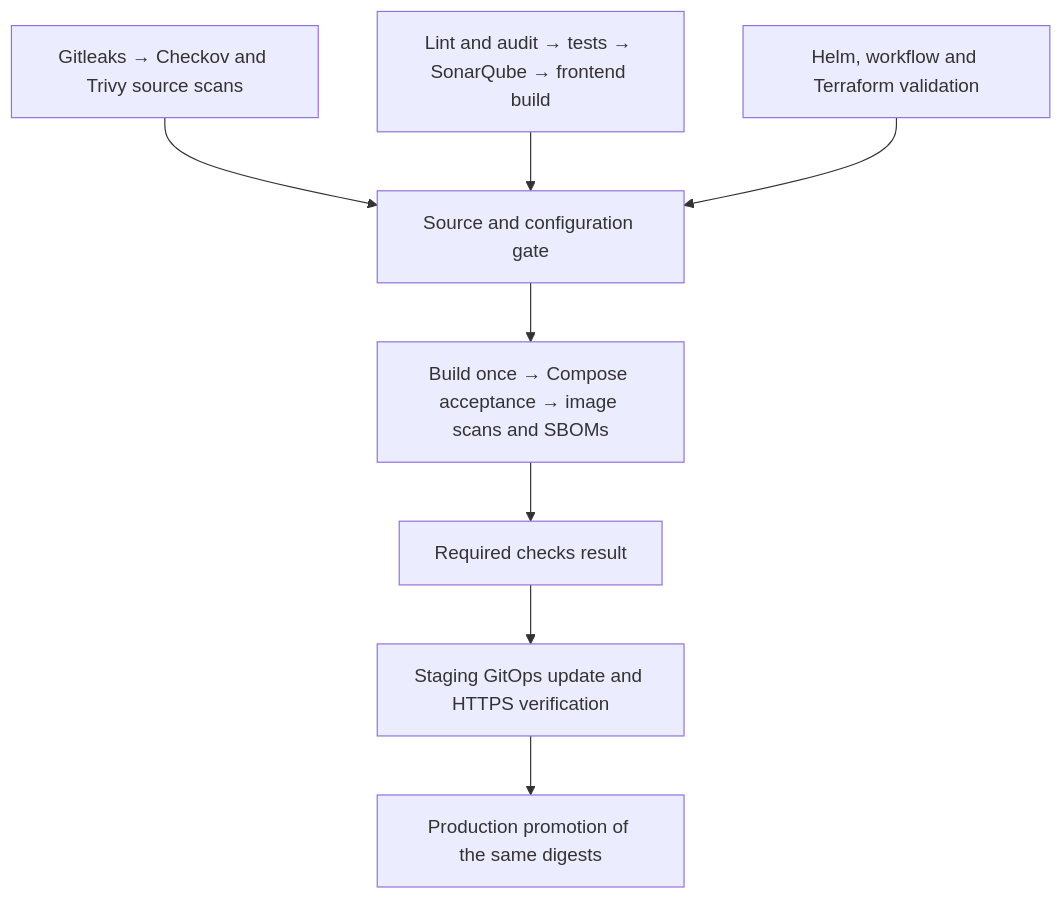
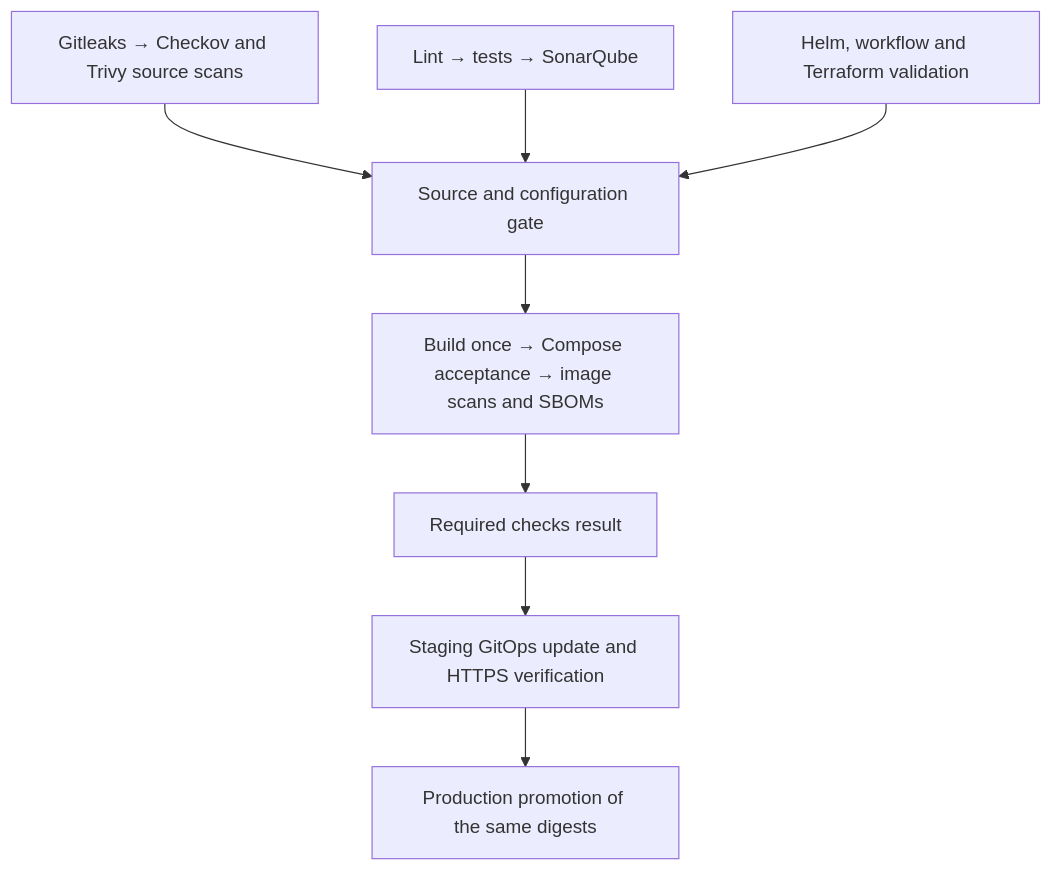
Before and after one commit to DeucesDevops/agribridge-project: the diagram in docs/PIPELINE.md, drawn with Mermaid. The commit also changed other lines of this file and 19 other files, not shown here.

````diff
--- a/docs/PIPELINE.md
+++ b/docs/PIPELINE.md
@@ -27,10 +27,10 @@
 ```mermaid
 flowchart TD
   S["Gitleaks → Checkov and Trivy source scans"] --> V["Source and configuration gate"]
-  T["Lint and audit → tests → SonarQube → frontend build"] --> V
+  T["Lint → tests → SonarQube"] --> V
   C["Helm, workflow and Terraform validation"] --> V
   V --> D["Build once → Compose acceptance → image scans and SBOMs"]
   D --> G["Required checks result"]
   G --> A["Staging GitOps update and HTTPS verification"]
   A --> P["Production promotion of the same digests"]
 ```
````
